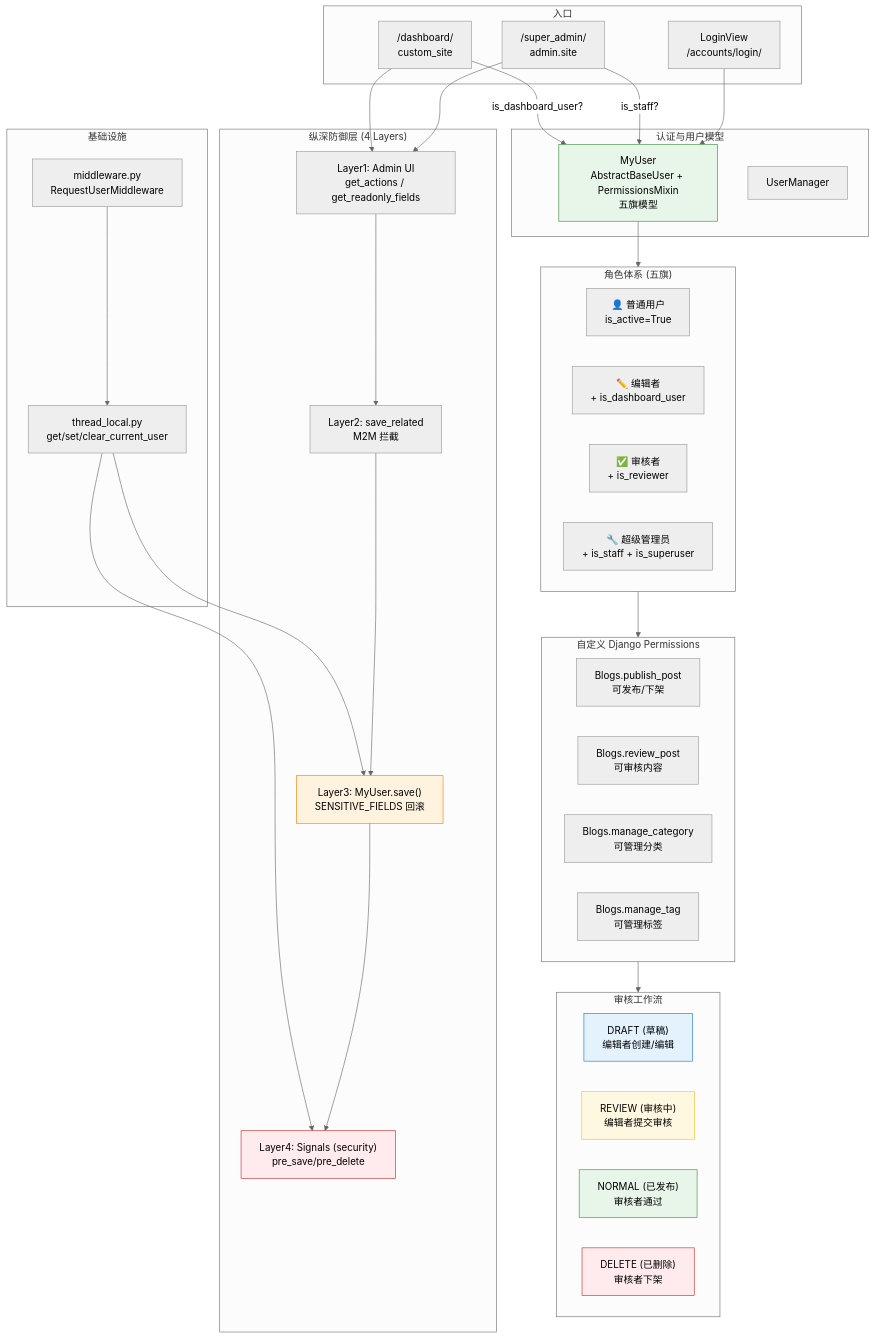
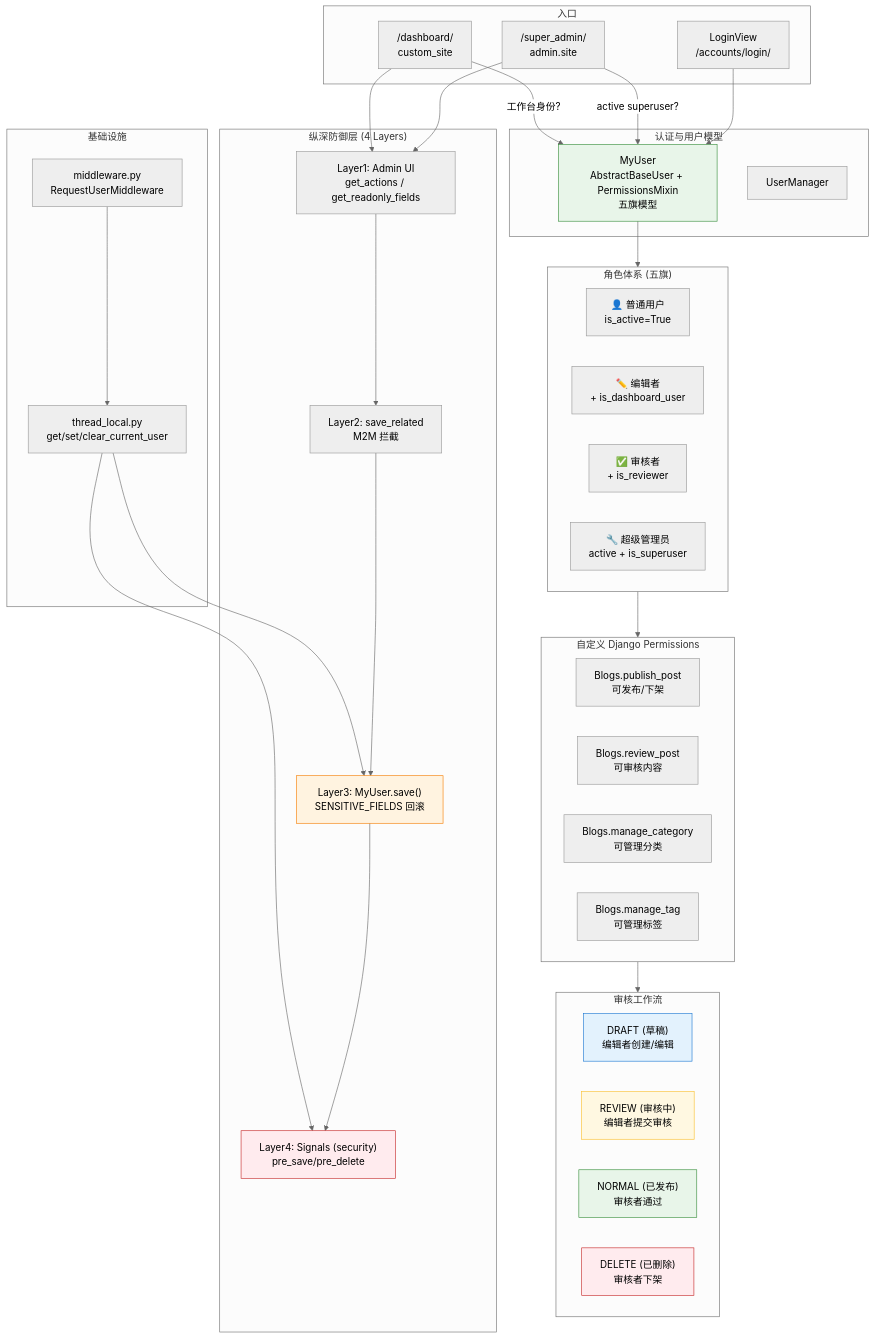
The first of 6 diagrams in accounts/DEVELOPMENT.md (se-veN714/PowerAdapterBlogs), drawn with Mermaid (neutral theme) before and after one commit. The commit also changed other lines of this file and 30 other files, not shown here.

````diff
--- a/accounts/DEVELOPMENT.md
+++ b/accounts/DEVELOPMENT.md
@@ -57,72 +59,72 @@
 ```mermaid
 flowchart TD
     subgraph entry["入口"]
         LOGIN["LoginView<br/>/accounts/login/"]
         SA["/super_admin/<br/>admin.site"]
         DB["/dashboard/<br/>custom_site"]
     end
 
     subgraph auth["认证与用户模型"]
         MYU["MyUser<br/>AbstractBaseUser + PermissionsMixin<br/>五旗模型"]
         UM["UserManager"]
     end
 
     subgraph roles["角色体系 (五旗)"]
         R1["👤 普通用户<br/>is_active=True"]
         R2["✏️ 编辑者<br/>+ is_dashboard_user"]
         R3["✅ 审核者<br/>+ is_reviewer"]
-        R4["🔧 超级管理员<br/>+ is_staff + is_superuser"]
+        R4["🔧 超级管理员<br/>active + is_superuser"]
     end
 
     subgraph perms["自定义 Django Permissions"]
         P1["Blogs.publish_post<br/>可发布/下架"]
         P2["Blogs.review_post<br/>可审核内容"]
         P3["Blogs.manage_category<br/>可管理分类"]
         P4["Blogs.manage_tag<br/>可管理标签"]
     end
 
     subgraph workflow["审核工作流"]
         W1["DRAFT (草稿)<br/>编辑者创建/编辑"]
         W2["REVIEW (审核中)<br/>编辑者提交审核"]
         W3["NORMAL (已发布)<br/>审核者通过"]
         W4["DELETE (已删除)<br/>审核者下架"]
     end
 
     subgraph defense["纵深防御层 (4 Layers)"]
         L1["Layer1: Admin UI<br/>get_actions / get_readonly_fields"]
         L2["Layer2: save_related<br/>M2M 拦截"]
         L3["Layer3: MyUser.save()<br/>SENSITIVE_FIELDS 回滚"]
         L4["Layer4: Signals (security)<br/>pre_save/pre_delete"]
     end
 
     subgraph infra["基础设施"]
         TL["thread_local.py<br/>get/set/clear_current_user"]
         MW["middleware.py<br/>RequestUserMiddleware"]
     end
 
     LOGIN --> MYU
-    SA -->|"is_staff?"| MYU
-    DB -->|"is_dashboard_user?"| MYU
+    SA -->|"active superuser?"| MYU
+    DB -->|"工作台身份?"| MYU
 
     MYU --> roles
     roles --> perms
     perms --> workflow
 
     SA --> L1
     DB --> L1
     L1 --> L2
     L2 --> L3
     L3 --> L4
 
     MW --> TL
     TL --> L3
     TL --> L4
 
     style MYU fill:#e8f5e9,stroke:#388e3c
     style L3 fill:#fff3e0,stroke:#f57c00
     style L4 fill:#ffebee,stroke:#c62828
     style W1 fill:#e3f2fd,stroke:#1976d2
     style W2 fill:#fff8e1,stroke:#fbc02d
     style W3 fill:#e8f5e9,stroke:#388e3c
     style W4 fill:#ffebee,stroke:#c62828
 ```
````
